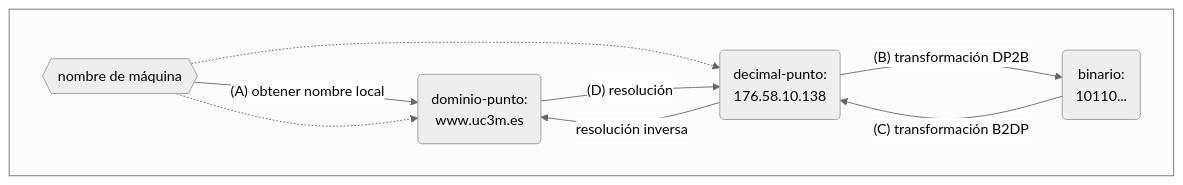
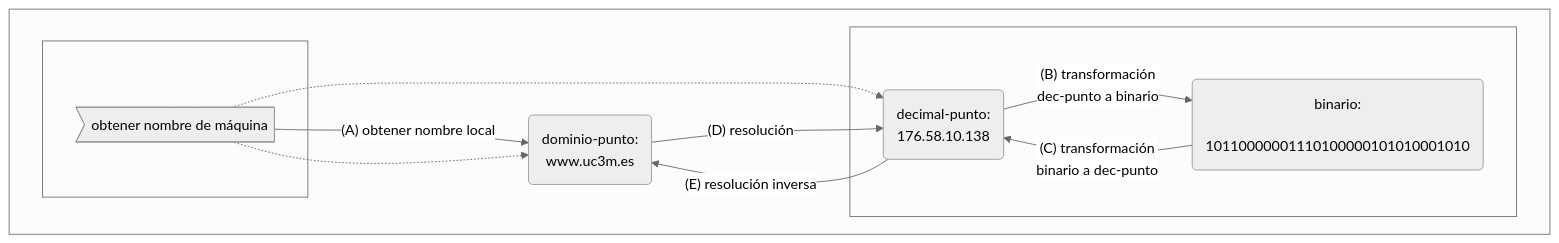
Before and after one commit to acaldero/uc3m_sd: the first of 5 diagrams in transparencias/ssdd_sockets.md, drawn with Mermaid (neutral theme). The commit also changed other lines of this file, not shown here.

````diff
--- a/transparencias/ssdd_sockets.md
+++ b/transparencias/ssdd_sockets.md
@@ -272,17 +272,22 @@
 ```mermaid
 flowchart TD
-    D{{nombre de máquina}} --> |"(A) obtener nombre local"| A
+    D>obtener nombre de máquina] --> |"(A) obtener nombre local"| A
     D -.-> A
     D -.-> B
-    B -->|resolución inversa| A
+    B -->|"(E) resolución inversa"| A
     A(dominio-punto:<br> www.uc3m.es) -->|"(D) resolución"| B(decimal-punto:<br> 176.58.10.138)
-    B -->|"(B) transformación DP2B"| C
-    C(binario:<br> 10110...) -->|"(C) transformación B2DP"| B
+    B -->|"(B) transformación<br> dec-punto a binario"| C
+    C(binario:<br> 10110000001110100000101010001010) -->|"(C) transformación<br> binario a dec-punto"| B
 
     subgraph " "
     A
+    subgraph " "
     B
+    C
+    end
+    subgraph " "
     C
     D
     end
+    end
 ```
````
